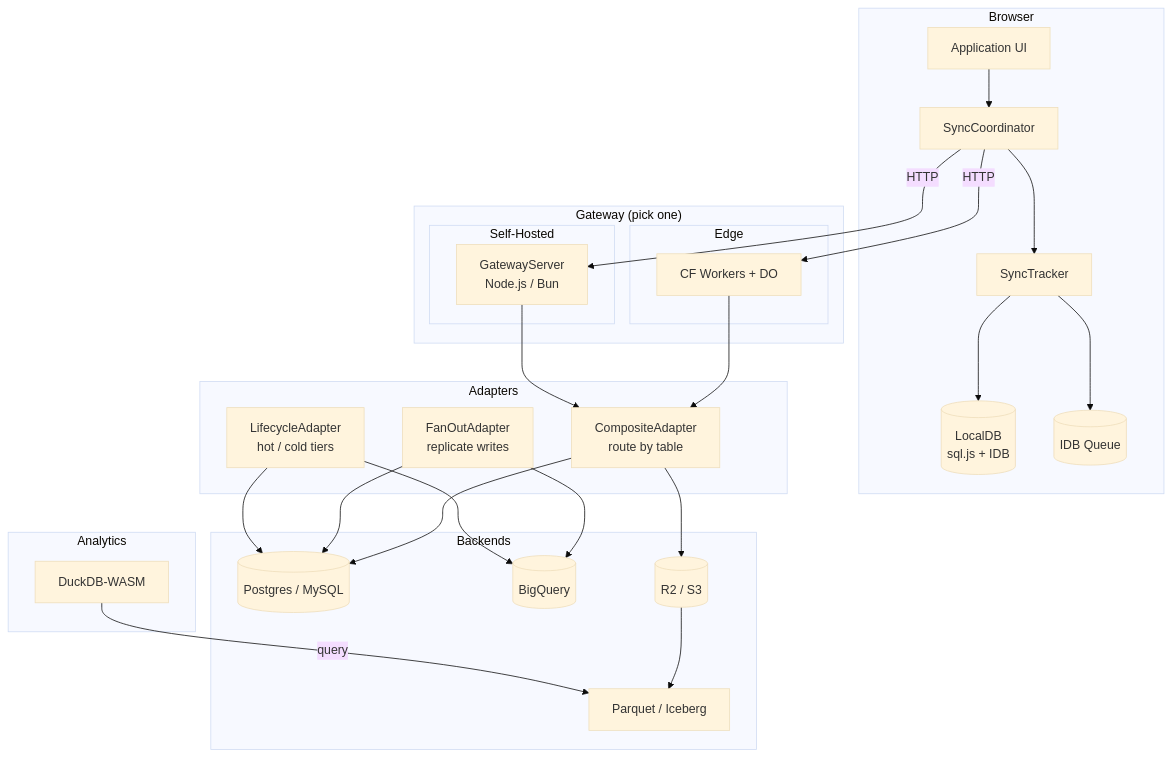
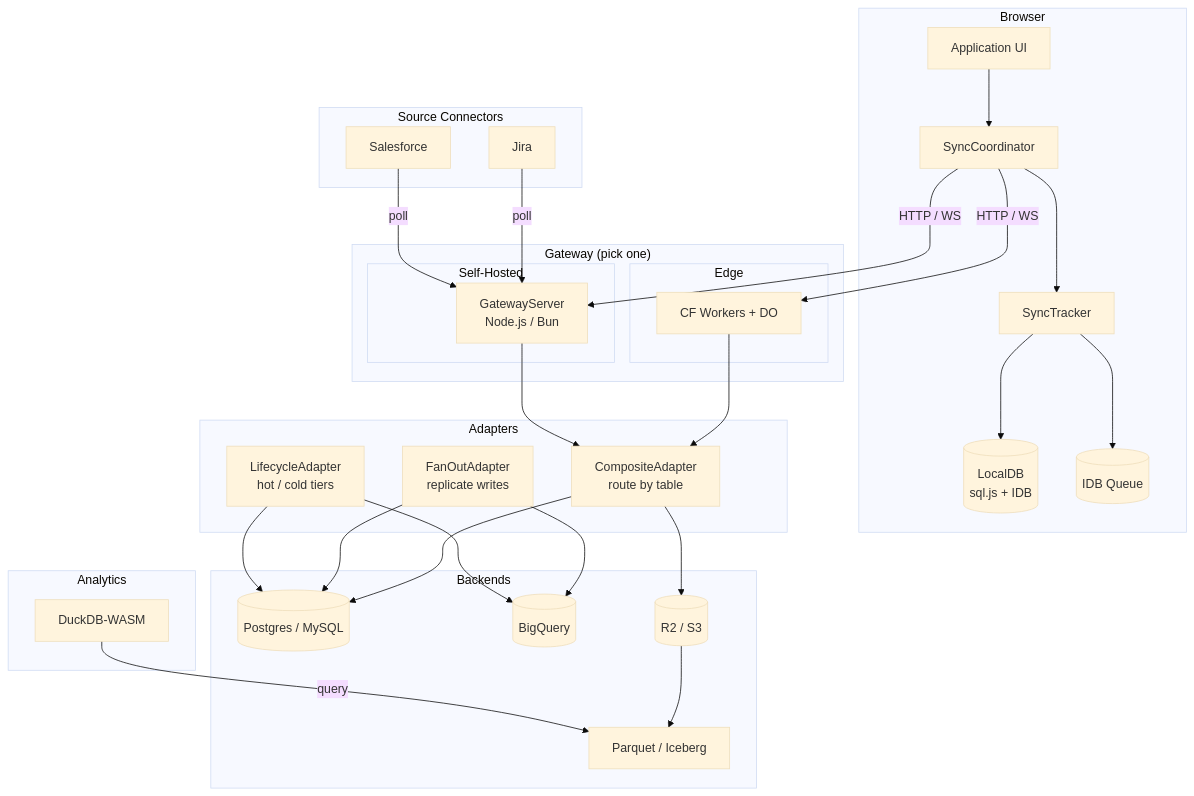
Before and after one commit to radekdymacz/lakesync: the fourth of 4 diagrams in README.md, drawn with Mermaid (base theme). The commit also changed other lines of this file and 7 other files, not shown here.

````diff
--- a/README.md
+++ b/README.md
@@ -248,53 +251,60 @@
 ```mermaid
 graph TB
     subgraph "Browser"
         UI[Application UI]
         SC[SyncCoordinator]
         ST[SyncTracker]
         DB[(LocalDB<br/>sql.js + IDB)]
         Q[(IDB Queue)]
     end
 
     subgraph "Gateway (pick one)"
         subgraph "Edge"
             CF[CF Workers + DO]
         end
         subgraph "Self-Hosted"
             SH[GatewayServer<br/>Node.js / Bun]
         end
+    end
+
+    subgraph "Source Connectors"
+        JIRA[Jira]
+        SF[Salesforce]
     end
 
     subgraph "Backends"
         PG[(Postgres / MySQL)]
         BQ[(BigQuery)]
         R2[(R2 / S3)]
         PQ[Parquet / Iceberg]
     end
 
     subgraph "Adapters"
         COMP[CompositeAdapter<br/>route by table]
         FAN[FanOutAdapter<br/>replicate writes]
         LIFE[LifecycleAdapter<br/>hot / cold tiers]
     end
 
     subgraph "Analytics"
         DDB[DuckDB-WASM]
     end
 
     UI --> SC
     SC --> ST
     ST --> DB
     ST --> Q
-    SC -->|HTTP| CF
-    SC -->|HTTP| SH
+    SC -->|HTTP / WS| CF
+    SC -->|HTTP / WS| SH
+    JIRA -->|poll| SH
+    SF -->|poll| SH
     CF --> COMP
     SH --> COMP
     COMP --> PG
     COMP --> R2
     FAN --> PG
     FAN --> BQ
     LIFE --> PG
     LIFE --> BQ
     R2 --> PQ
     DDB -->|query| PQ
 ```
````
